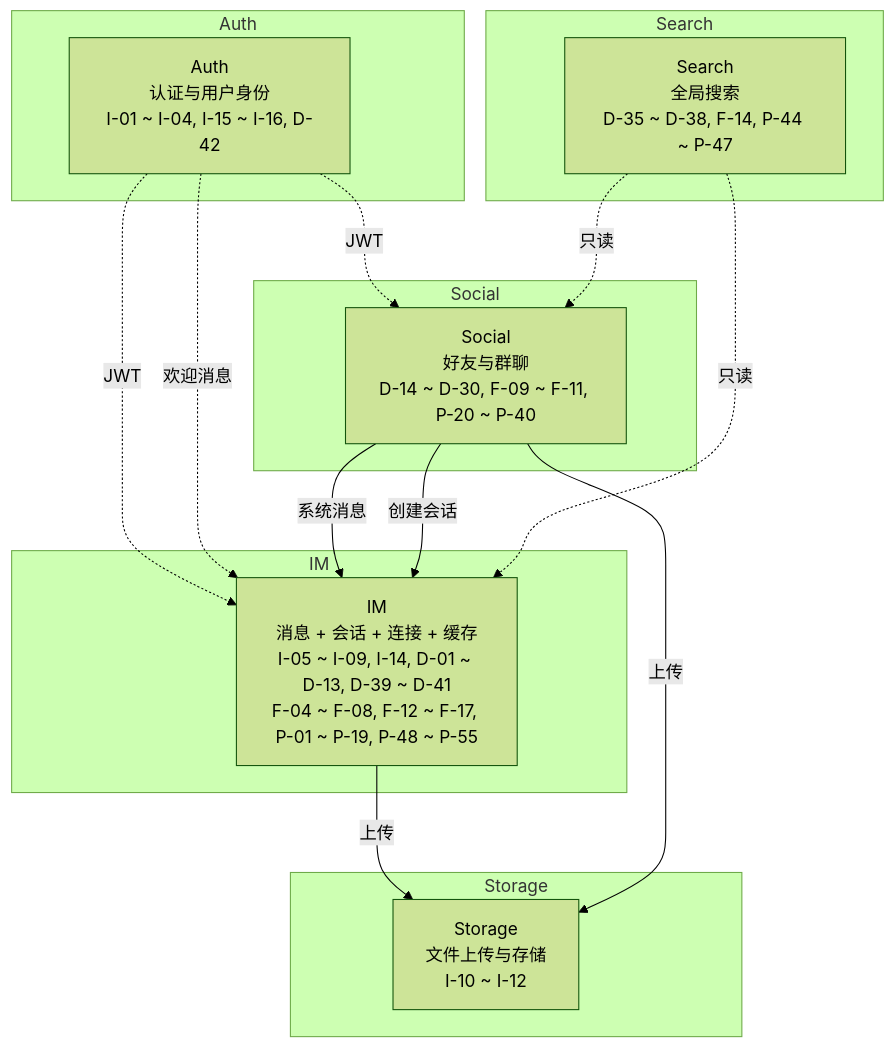
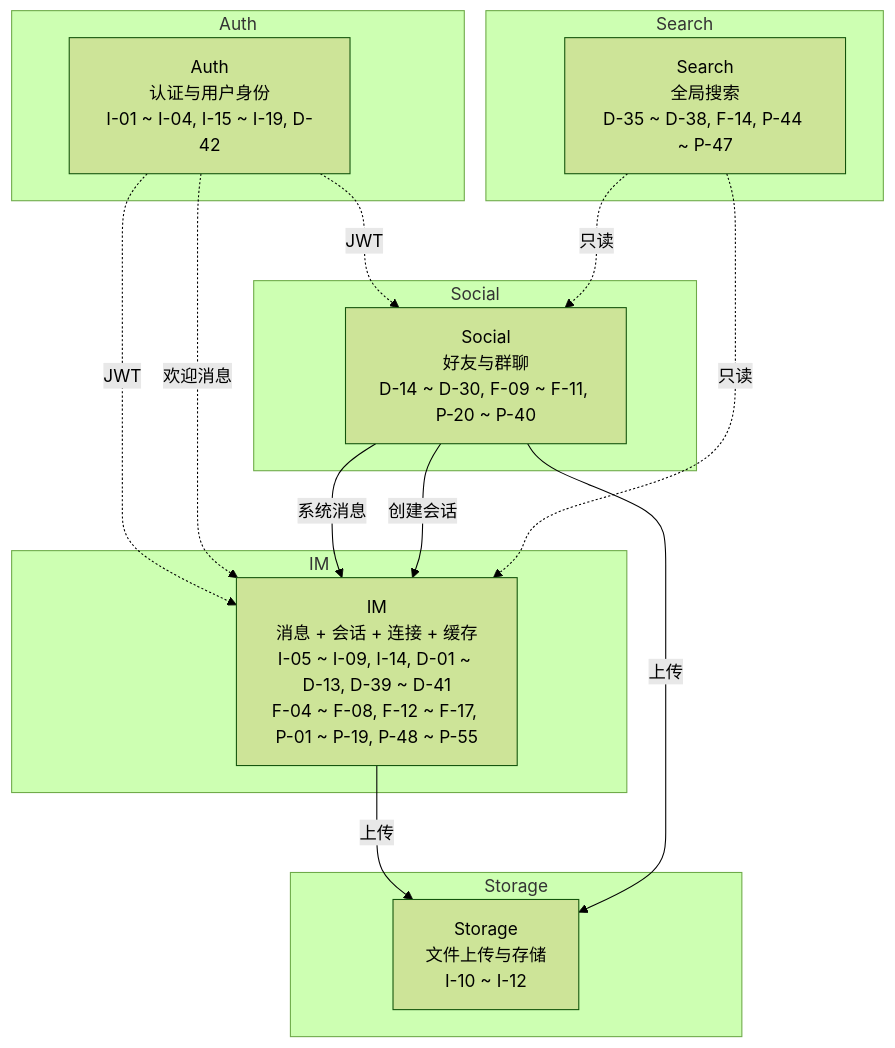
The first of 6 diagrams in docs/features/archiver/index.md (toly1994328/flash_im_by_ai), drawn with Mermaid (forest theme) before and after one commit. The commit also changed other lines of this file and 11 other files, not shown here.

````diff
--- a/docs/features/archiver/index.md
+++ b/docs/features/archiver/index.md
@@ -195,28 +206,28 @@
 ```mermaid
 graph TB
     subgraph Storage
         S[Storage<br/>文件上传与存储<br/>I-10 ~ I-12]
     end
     subgraph Auth
-        A[Auth<br/>认证与用户身份<br/>I-01 ~ I-04, I-15 ~ I-16, D-42]
+        A[Auth<br/>认证与用户身份<br/>I-01 ~ I-04, I-15 ~ I-19, D-42]
     end
     subgraph Search
         R[Search<br/>全局搜索<br/>D-35 ~ D-38, F-14, P-44 ~ P-47]
     end
     subgraph Social
         B[Social<br/>好友与群聊<br/>D-14 ~ D-30, F-09 ~ F-11, P-20 ~ P-40]
     end
     subgraph IM
         M[IM<br/>消息 + 会话 + 连接 + 缓存<br/>I-05 ~ I-09, I-14, D-01 ~ D-13, D-39 ~ D-41<br/>F-04 ~ F-08, F-12 ~ F-17, P-01 ~ P-19, P-48 ~ P-55]
     end
 
     A -.->|JWT| M
     A -.->|JWT| B
     A -.->|欢迎消息| M
     B -->|系统消息| M
     B -->|创建会话| M
     R -.->|只读| M
     R -.->|只读| B
     M -->|上传| S
     B -->|上传| S
 ```
````
